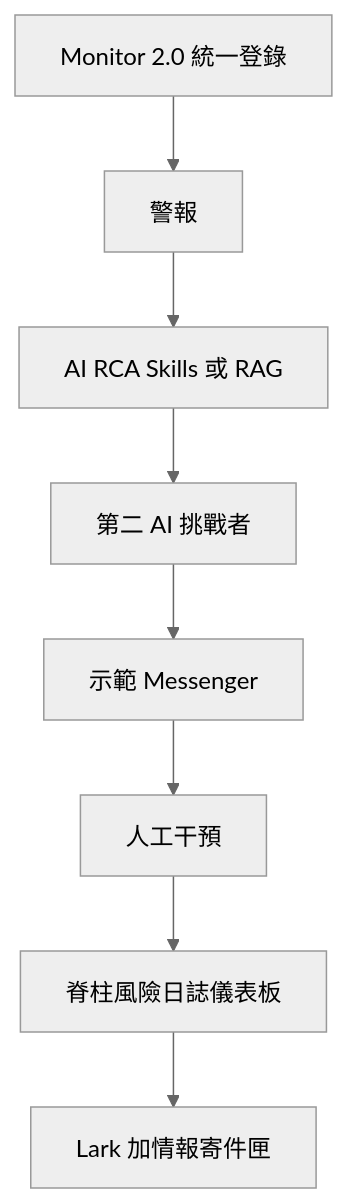
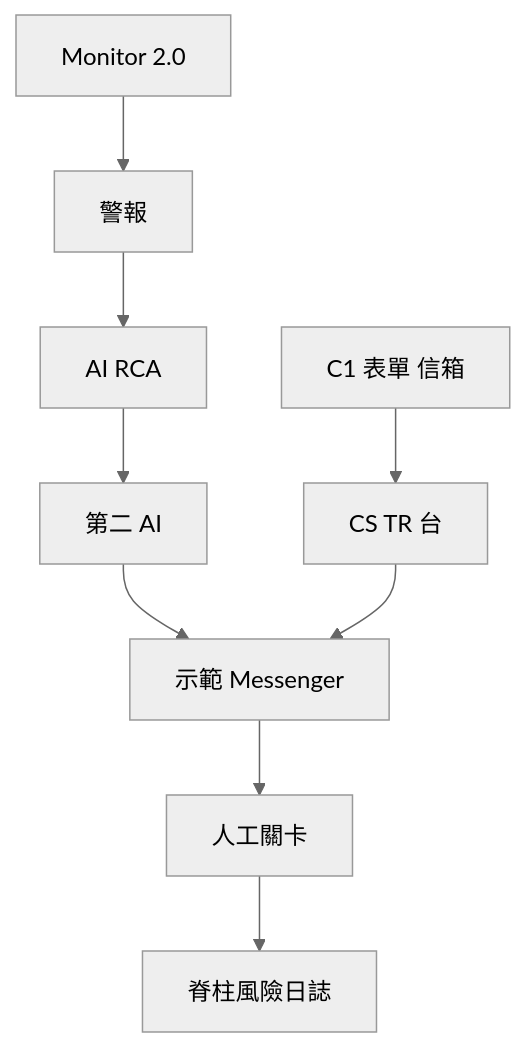
One commit to hxyan2020/PRD changed the first of 7 diagrams in platform/docs/TSD.zh-Hant.md. Above: the diagram before and after it, drawn with Mermaid (neutral theme). The commit also changed other lines of this file and 31 other files, not shown here.

````diff
--- a/platform/docs/TSD.zh-Hant.md
+++ b/platform/docs/TSD.zh-Hant.md
@@ -47,10 +47,11 @@
 ```mermaid
 graph TD
-  Mon[Monitor 2.0 統一登錄] --> Alarm[警報]
-  Alarm --> Rca[AI RCA Skills 或 RAG]
-  Rca --> Ch[第二 AI 挑戰者]
+  Mon[Monitor 2.0] --> Alarm[警報]
+  Alarm --> Rca[AI RCA]
+  Rca --> Ch[第二 AI]
   Ch --> Msg[示範 Messenger]
-  Msg --> Gate[人工干預]
-  Gate --> Spine[脊柱風險日誌儀表板]
-  Spine --> Out[Lark 加情報寄件匣]
+  Client[C1 表單 信箱] --> Cs[CS TR 台]
+  Cs --> Msg
+  Msg --> Gate[人工關卡]
+  Gate --> Spine[脊柱風險日誌]
 ```
````
